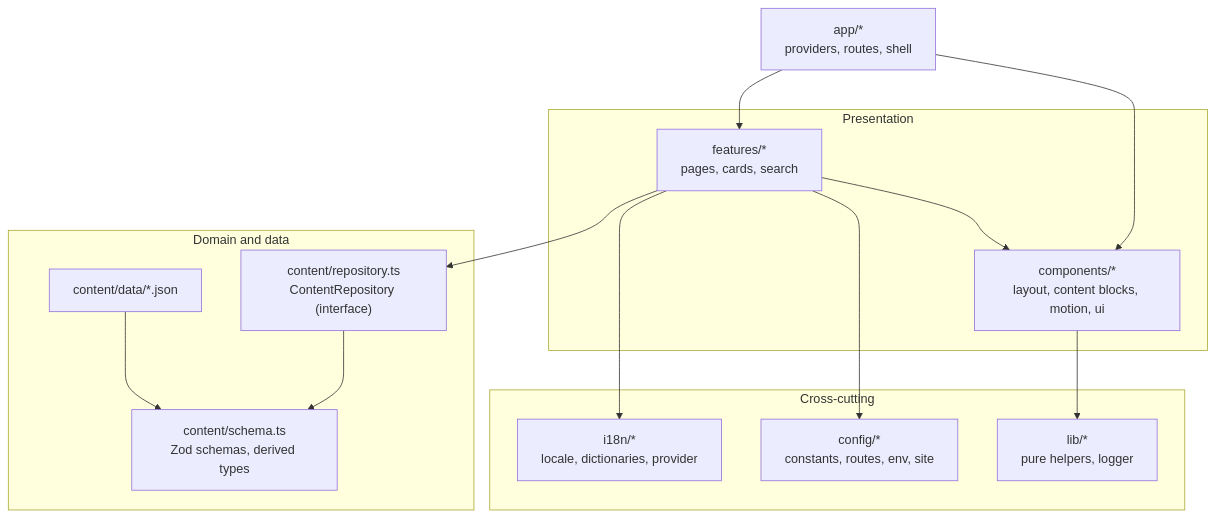
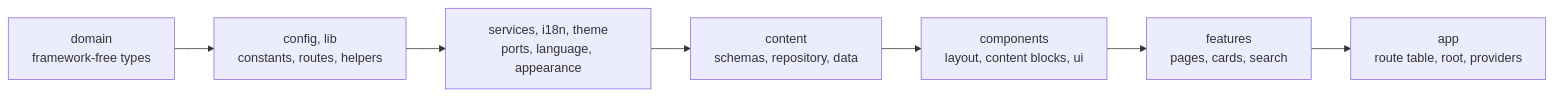
The first of 3 diagrams in docs/architecture.md (eliangilsierra/my-portfolio-web), drawn with Mermaid before and after one commit. The commit also changed other lines of this file and 10 other files, not shown here.

First line of the commit message:
docs: rewrite the documentation for the prerendered architecture

````diff
--- a/docs/architecture.md
+++ b/docs/architecture.md
@@ -19,28 +21,9 @@
 ```mermaid
-flowchart TB
-  subgraph Presentation
-    Features["features/*<br/>pages, cards, search"]
-    Shared["components/*<br/>layout, content blocks, motion, ui"]
-  end
-  subgraph Domain["Domain and data"]
-    Repo["content/repository.ts<br/>ContentRepository (interface)"]
-    Schema["content/schema.ts<br/>Zod schemas, derived types"]
-    Data["content/data/*.json"]
-  end
-  subgraph Cross["Cross-cutting"]
-    I18n["i18n/*<br/>locale, dictionaries, provider"]
-    Config["config/*<br/>constants, routes, env, site"]
-    Lib["lib/*<br/>pure helpers, logger"]
-  end
-  App["app/*<br/>providers, routes, shell"]
-
-  App --> Features
-  App --> Shared
-  Features --> Shared
-  Features --> Repo
-  Features --> I18n
-  Repo --> Schema
-  Data --> Schema
-  Features --> Config
-  Shared --> Lib
+flowchart LR
+  domain["domain<br/>framework-free types"] --> base["config, lib<br/>constants, routes, helpers"]
+  base --> infra["services, i18n, theme<br/>ports, language, appearance"]
+  infra --> content["content<br/>schemas, repository, data"]
+  content --> components["components<br/>layout, content blocks, ui"]
+  components --> features["features<br/>pages, cards, search"]
+  features --> app["app<br/>route table, root, providers"]
 ```
````
